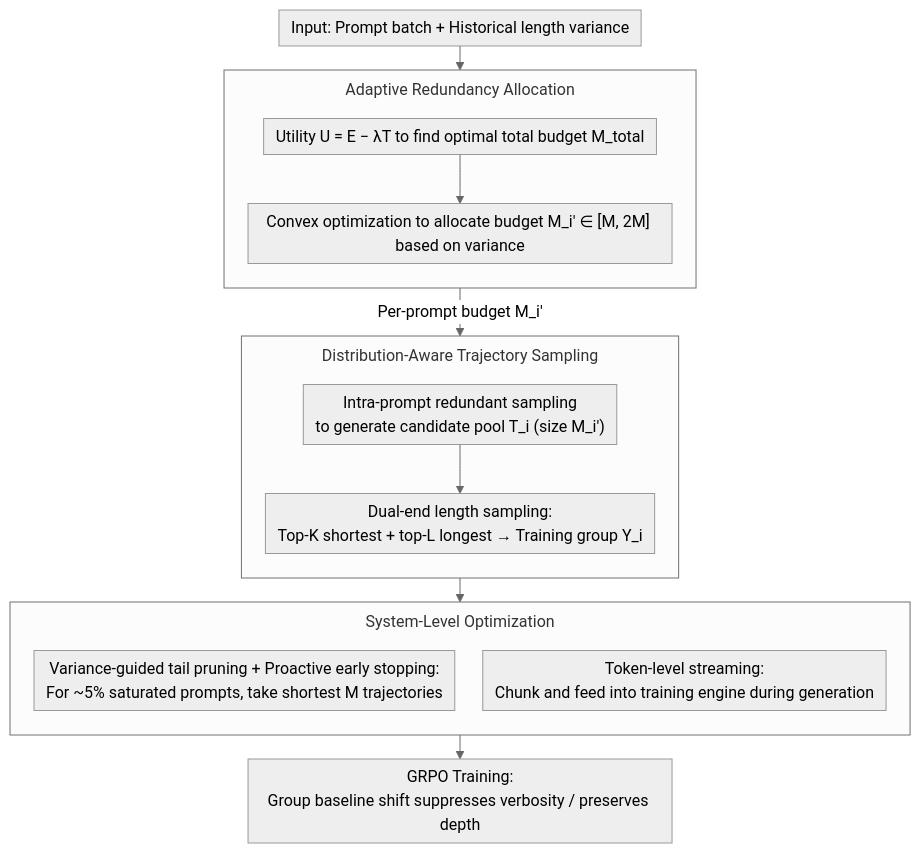
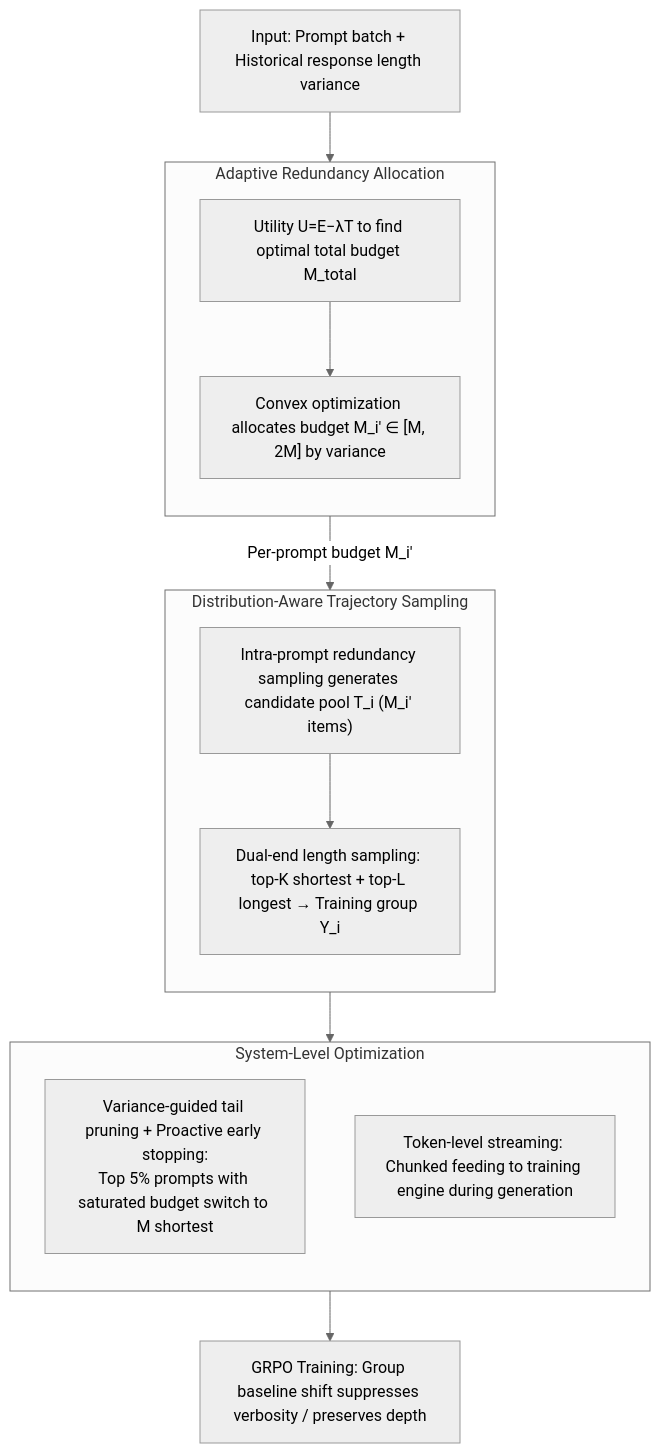
The diagram in docs/ICML2026/reinforcement_learning/darts_distribution-aware_active_rollout_trajectory_shaping_for_accelerating_llm_.md (zhaoyang97/Paper-Notes-en), drawn with Mermaid (neutral theme) before and after one commit. The commit also changed other lines of this file and 5084 other files, not shown here.

````diff
--- a/docs/ICML2026/reinforcement_learning/darts_distribution-aware_active_rollout_trajectory_shaping_for_accelerating_llm_.md
+++ b/docs/ICML2026/reinforcement_learning/darts_distribution-aware_active_rollout_trajectory_shaping_for_accelerating_llm_.md
@@ -43,26 +43,25 @@
 ```mermaid
-%%{init: {'flowchart': {'rankSpacing': 24, 'nodeSpacing': 28, 'padding': 6, 'wrappingWidth': 400, 'subGraphTitleMargin': {'top': 8, 'bottom': 16}}}}%%
-flowchart TD
-    Q["Input: Prompt batch + Historical length variance"]
+graph TD
+    Q["Input: Prompt batch + Historical response length variance"]
     subgraph ALLOC["Adaptive Redundancy Allocation"]
         direction TB
-        A1["Utility U = E − λT to find optimal total budget M_total"]
-        A2["Convex optimization to allocate budget M_i′ ∈ [M, 2M] based on variance"]
+        A1["Utility U=E−λT to find optimal total budget M_total"]
+        A2["Convex optimization allocates budget M_i′ ∈ [M, 2M] by variance"]
         A1 --> A2
     end
     subgraph SAMP["Distribution-Aware Trajectory Sampling"]
         direction TB
-        S1["Intra-prompt redundant sampling<br/>to generate candidate pool T_i (size M_i′)"]
-        S2["Dual-end length sampling:<br/>Top-K shortest + top-L longest → Training group Y_i"]
+        S1["Intra-prompt redundancy sampling generates candidate pool T_i (M_i′ items)"]
+        S2["Dual-end length sampling: top-K shortest + top-L longest → Training group Y_i"]
         S1 --> S2
     end
     subgraph SYS["System-Level Optimization"]
         direction TB
-        Y1["Variance-guided tail pruning + Proactive early stopping:<br/>For ~5% saturated prompts, take shortest M trajectories"]
-        Y2["Token-level streaming:<br/>Chunk and feed into training engine during generation"]
+        Y1["Variance-guided tail pruning + Proactive early stopping:<br/>Top 5% prompts with saturated budget switch to M shortest"]
+        Y2["Token-level streaming: Chunked feeding to training engine during generation"]
     end
     Q --> ALLOC
     ALLOC -->|"Per-prompt budget M_i′"| SAMP
     SAMP --> SYS
-    SYS --> T["GRPO Training:<br/>Group baseline shift suppresses verbosity / preserves depth"]
+    SYS --> T["GRPO Training: Group baseline shift suppresses verbosity / preserves depth"]
 ```
````
